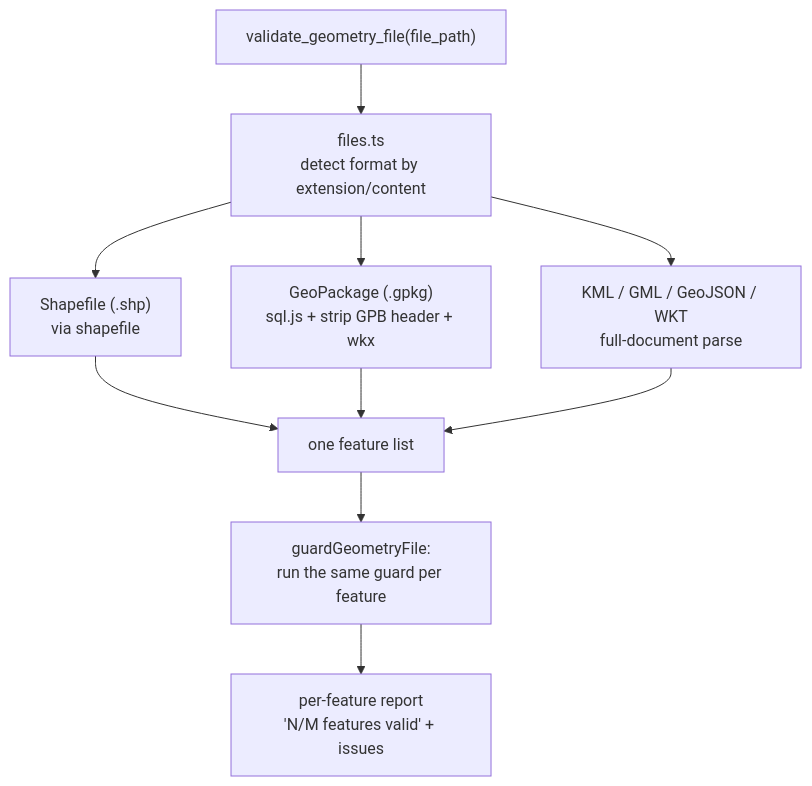
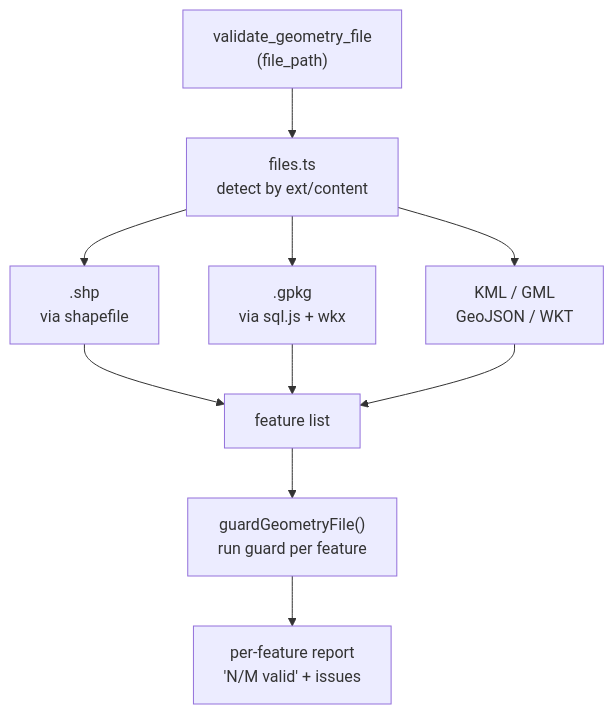
Before and after one commit to DBishal13/groundtruth: the second of 2 diagrams in README.md, drawn with Mermaid. The commit also changed other lines of this file and 1 other file, not shown here.

Commit message:
Fix clipped text in architecture diagrams (verified by actually rendering)
The README's Mermaid diagrams used literal \n inside quoted node labels.
That works in mermaid-cli's default renderer (tested), but the renderer
used for VS Code's markdown preview breaks the line at \n and then
clips the remainder instead of wrapping or resizing the box — confirmed
from the reported screenshot. Fixed by pre-wrapping every label into
short <br/>-separated lines (the universally-supported break), rather
than relying on any renderer's auto-wrap behavior.

Also tightened font sizes slightly in docs/index.html's hand-built SVG
diagram: measuring actual rendered text bounding boxes (via a real
Chromium render, not eyeballing) found a few labels with only 7-10px
of margin before their box edge — not clipped today, but one Google
Fonts load failure away from it (the fallback stack is wider). Now
20px+ margin everywhere, re-verified against real measurements.

Both README diagrams re-rendered via mermaid-cli and the SVG
re-screenshotted via Playwright to confirm before pushing, per instruction
to verify rendered output rather than assume it.

````diff
--- a/README.md
+++ b/README.md
@@ -38,12 +38,12 @@
 ```mermaid
 flowchart TD
-    J["validate_geometry_file(file_path)"] --> K["files.ts\ndetect format by extension/content"]
-    K --> L["Shapefile (.shp)\nvia shapefile"]
-    K --> M["GeoPackage (.gpkg)\nsql.js + strip GPB header + wkx"]
-    K --> N["KML / GML / GeoJSON / WKT\nfull-document parse"]
-    L --> O["one feature list"]
+    J["validate_geometry_file<br/>(file_path)"] --> K["files.ts<br/>detect by ext/content"]
+    K --> L[".shp<br/>via shapefile"]
+    K --> M[".gpkg<br/>via sql.js + wkx"]
+    K --> N["KML / GML<br/>GeoJSON / WKT"]
+    L --> O["feature list"]
     M --> O
     N --> O
-    O --> P["guardGeometryFile:\nrun the same guard per feature"]
-    P --> Q["per-feature report\n'N/M features valid' + issues"]
+    O --> P["guardGeometryFile()<br/>run guard per feature"]
+    P --> Q["per-feature report<br/>'N/M valid' + issues"]
 ```
````
